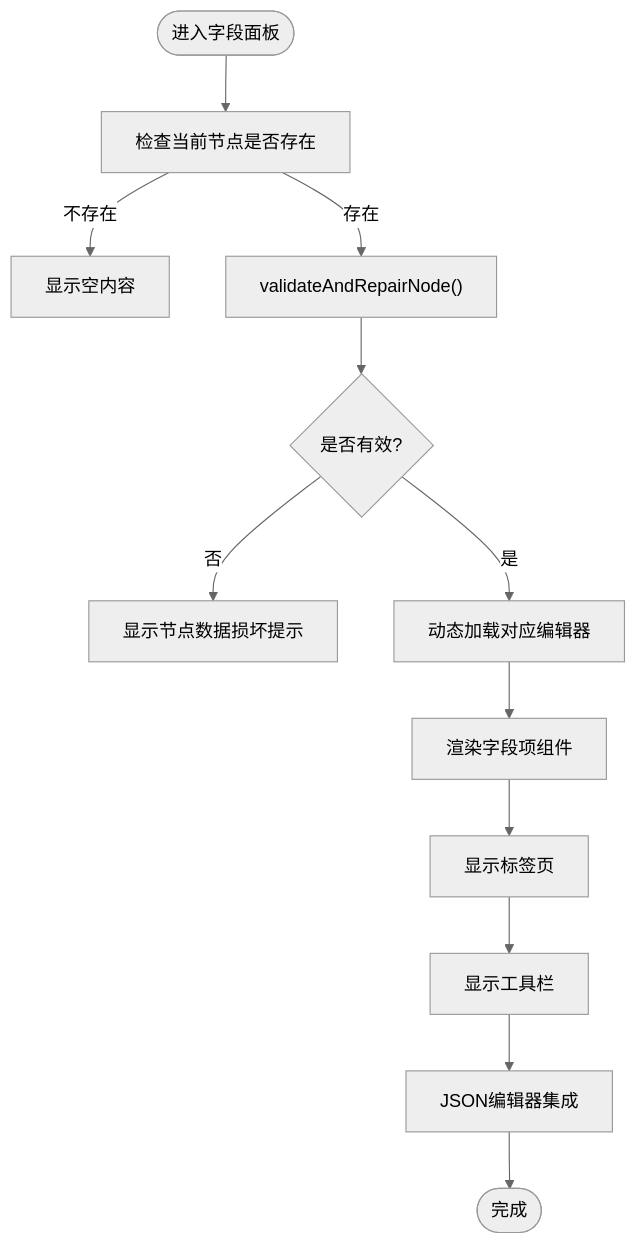
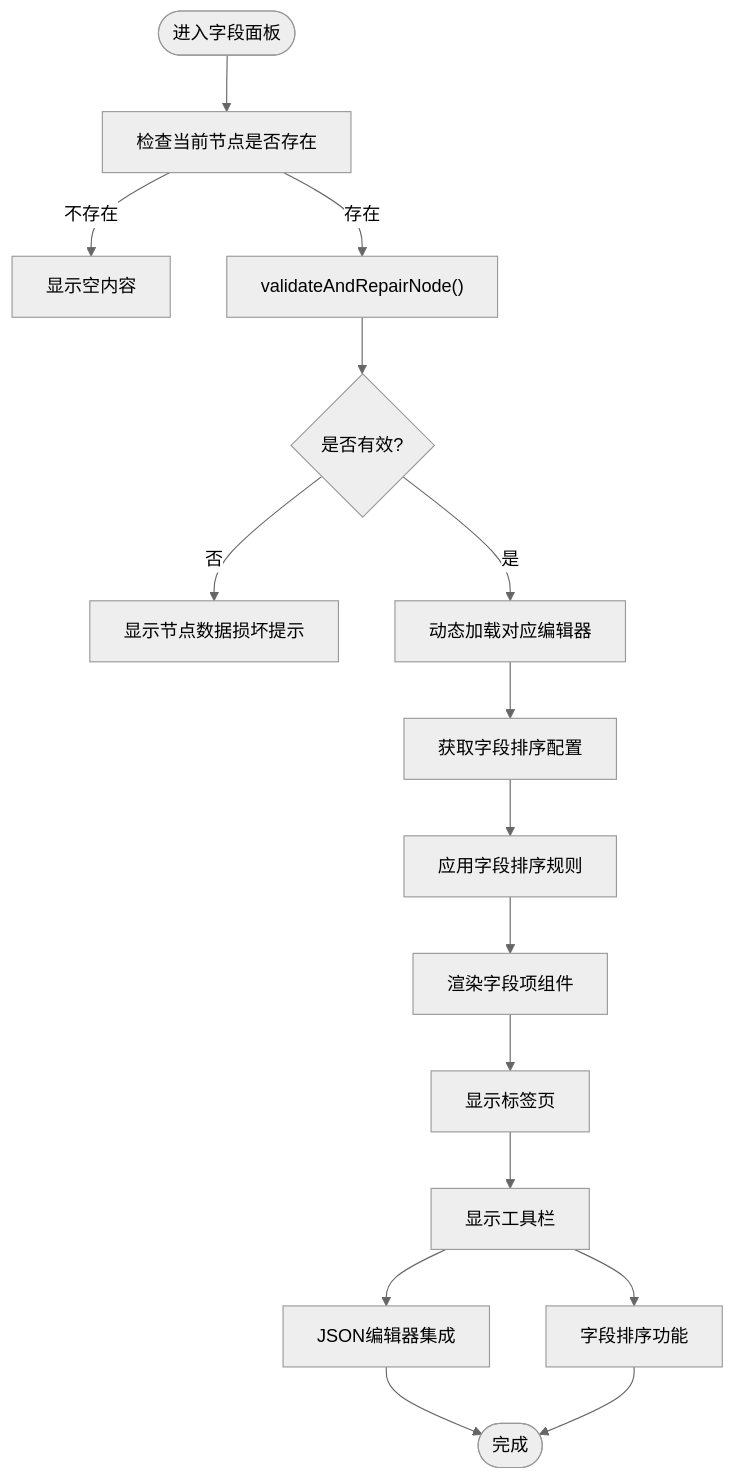
The third of 10 diagrams in .qoder/repowiki/zh/content/用户界面/面板系统/字段面板.md (kqcoxn/MaaPipelineEditor), drawn with Mermaid (neutral theme) before and after one commit. The commit also changed other lines of this file and 22 other files, not shown here.

````diff
--- a/.qoder/repowiki/zh/content/用户界面/面板系统/字段面板.md
+++ b/.qoder/repowiki/zh/content/用户界面/面板系统/字段面板.md
@@ -174,14 +222,18 @@
 ```mermaid
 flowchart TD
 Start(["进入字段面板"]) --> CheckNode["检查当前节点是否存在"]
 CheckNode --> |不存在| ShowEmpty["显示空内容"]
 CheckNode --> |存在| Validate["validateAndRepairNode()"]
 Validate --> Valid{"是否有效?"}
 Valid --> |否| ShowError["显示节点数据损坏提示"]
 Valid --> |是| LoadEditor["动态加载对应编辑器"]
-LoadEditor --> Render["渲染字段项组件"]
+LoadEditor --> GetSortConfig["获取字段排序配置"]
+GetSortConfig --> ApplySort["应用字段排序规则"]
+ApplySort --> Render["渲染字段项组件"]
 Render --> Tabs["显示标签页"]
 Tabs --> Tools["显示工具栏"]
 Tools --> JSONEditor["JSON编辑器集成"]
+Tools --> FieldSort["字段排序功能"]
 JSONEditor --> End(["完成"])
+FieldSort --> End
 ```
````
